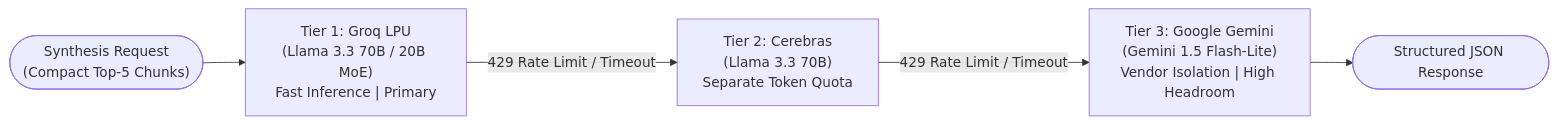
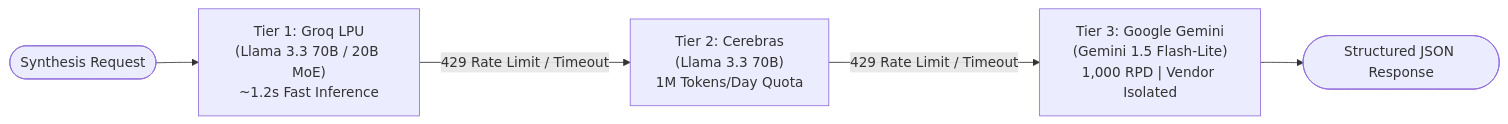
The second of 2 diagrams in README.md (Jaydeep0832/Policy-AI), drawn with Mermaid before and after one commit. The commit also changed other lines of this file and 2 other files, not shown here.

Commit message:
docs: reframe README into single-flow highlighted overview and add policy manifest and failover cascade screenshots

````diff
--- a/README.md
+++ b/README.md
@@ -86,10 +148,10 @@
 ```mermaid
 flowchart LR
-    SynthesisRequest(["Synthesis Request\n(Compact Top-5 Chunks)"]) --> Groq["Tier 1: Groq LPU\n(Llama 3.3 70B / 20B MoE)\nFast Inference | Primary"]
+    Request(["Synthesis Request"]) --> Groq["Tier 1: Groq LPU\n(Llama 3.3 70B / 20B MoE)\n~1.2s Fast Inference"]
     
-    Groq -- "429 Rate Limit / Timeout" --> Cerebras["Tier 2: Cerebras\n(Llama 3.3 70B)\nSeparate Token Quota"]
+    Groq -- "429 Rate Limit / Timeout" --> Cerebras["Tier 2: Cerebras\n(Llama 3.3 70B)\n1M Tokens/Day Quota"]
     
-    Cerebras -- "429 Rate Limit / Timeout" --> Gemini["Tier 3: Google Gemini\n(Gemini 1.5 Flash-Lite)\nVendor Isolation | High Headroom"]
+    Cerebras -- "429 Rate Limit / Timeout" --> Gemini["Tier 3: Google Gemini\n(Gemini 1.5 Flash-Lite)\n1,000 RPD | Vendor Isolated"]
     
     Gemini --> FinalResponse(["Structured JSON Response"])
 ```
````
